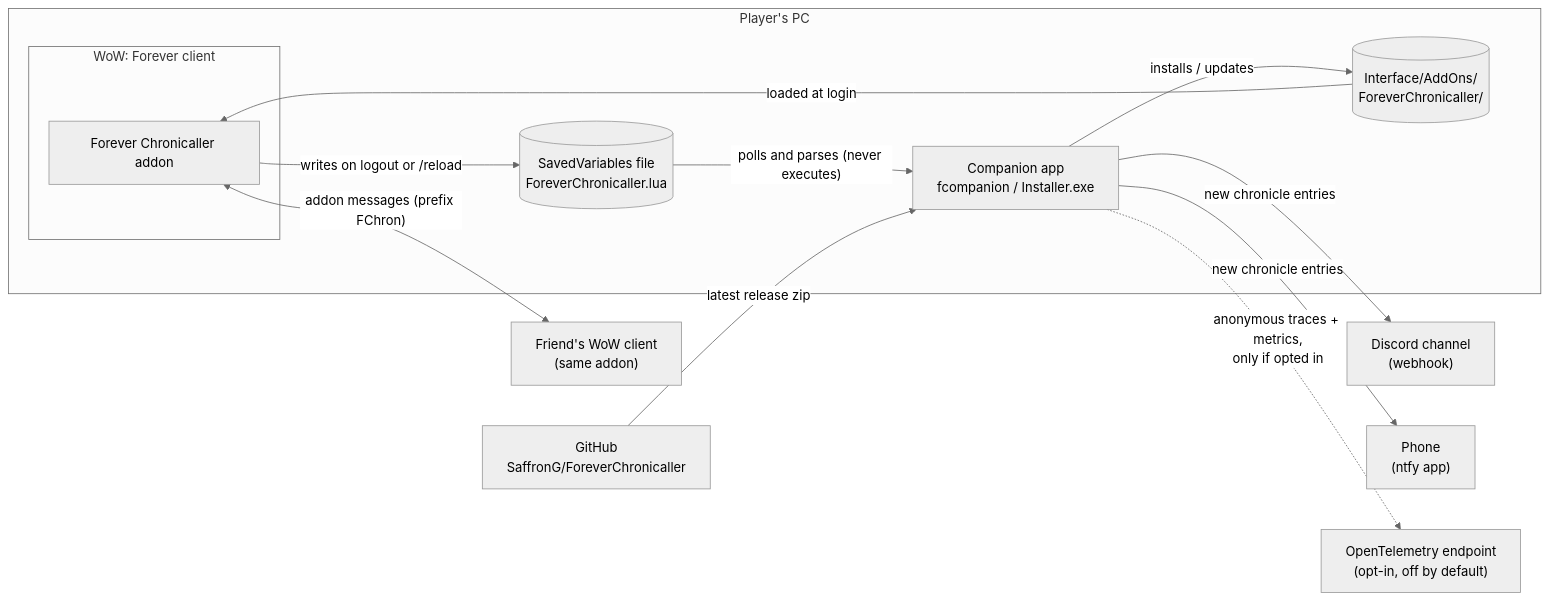
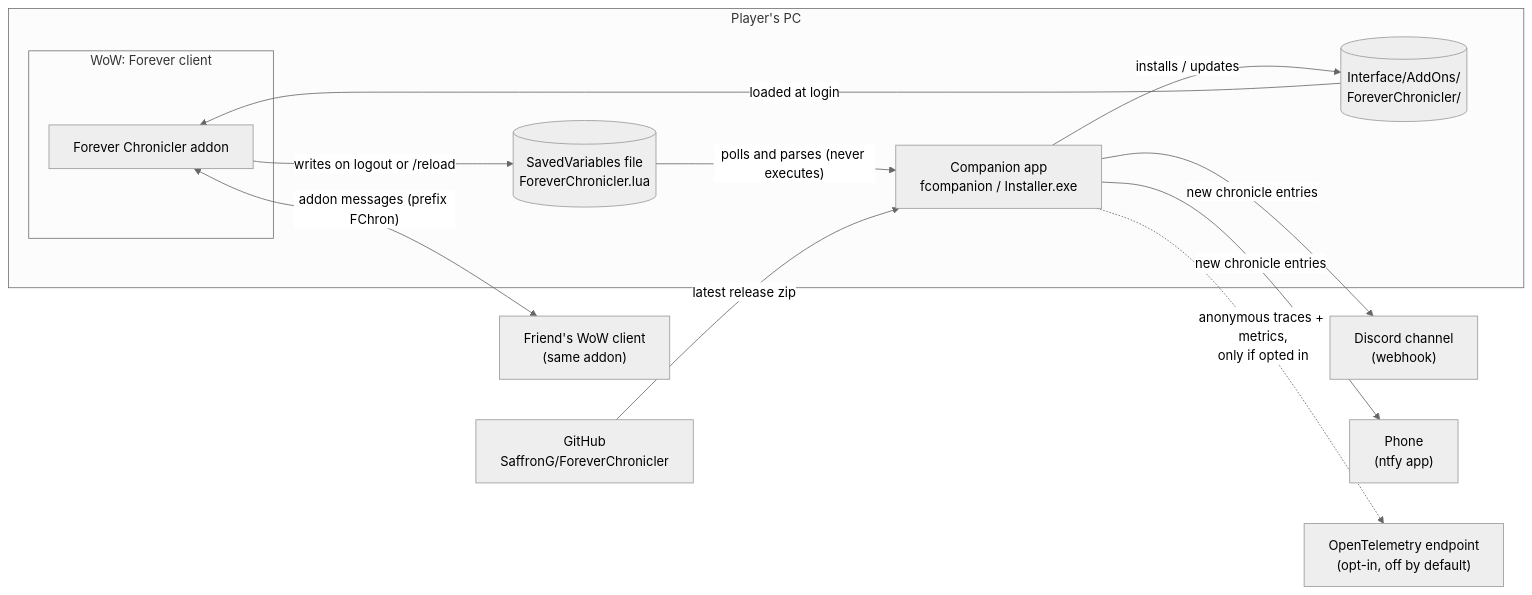
The first of 12 diagrams in docs/Topology.md (SaffronG/ForeverChronicler), drawn with Mermaid (neutral theme) before and after one commit. The commit also changed other lines of this file and 43 other files, not shown here.

First line of the commit message:
Fix the addon's name: ForeverChronicaller -> ForeverChronicler

````diff
--- a/docs/Topology.md
+++ b/docs/Topology.md
@@ -31,27 +31,27 @@
 ```mermaid
 flowchart LR
     subgraph PC["Player's PC"]
         subgraph WoW["WoW: Forever client"]
-            Addon["Forever Chronicaller addon"]
+            Addon["Forever Chronicler addon"]
         end
-        SV[("SavedVariables file<br/>ForeverChronicaller.lua")]
+        SV[("SavedVariables file<br/>ForeverChronicler.lua")]
         Comp["Companion app<br/>fcompanion / Installer.exe"]
-        AddOns[("Interface/AddOns/<br/>ForeverChronicaller/")]
+        AddOns[("Interface/AddOns/<br/>ForeverChronicler/")]
     end
 
     Friend["Friend's WoW client<br/>(same addon)"]
     Discord["Discord channel<br/>(webhook)"]
     Phone["Phone<br/>(ntfy app)"]
-    GH["GitHub<br/>SaffronG/ForeverChronicaller"]
+    GH["GitHub<br/>SaffronG/ForeverChronicler"]
     OTel["OpenTelemetry endpoint<br/>(opt-in, off by default)"]
 
     Addon -- "writes on logout or /reload" --> SV
     SV -- "polls and parses (never executes)" --> Comp
     Comp -- "new chronicle entries" --> Discord
     Comp -- "new chronicle entries" --> Phone
     GH -- "latest release zip" --> Comp
     Comp -- "installs / updates" --> AddOns
     AddOns -- "loaded at login" --> Addon
     Addon <-- "addon messages (prefix FChron)" --> Friend
     Comp -. "anonymous traces + metrics,<br/>only if opted in" .-> OTel
 ```
````
